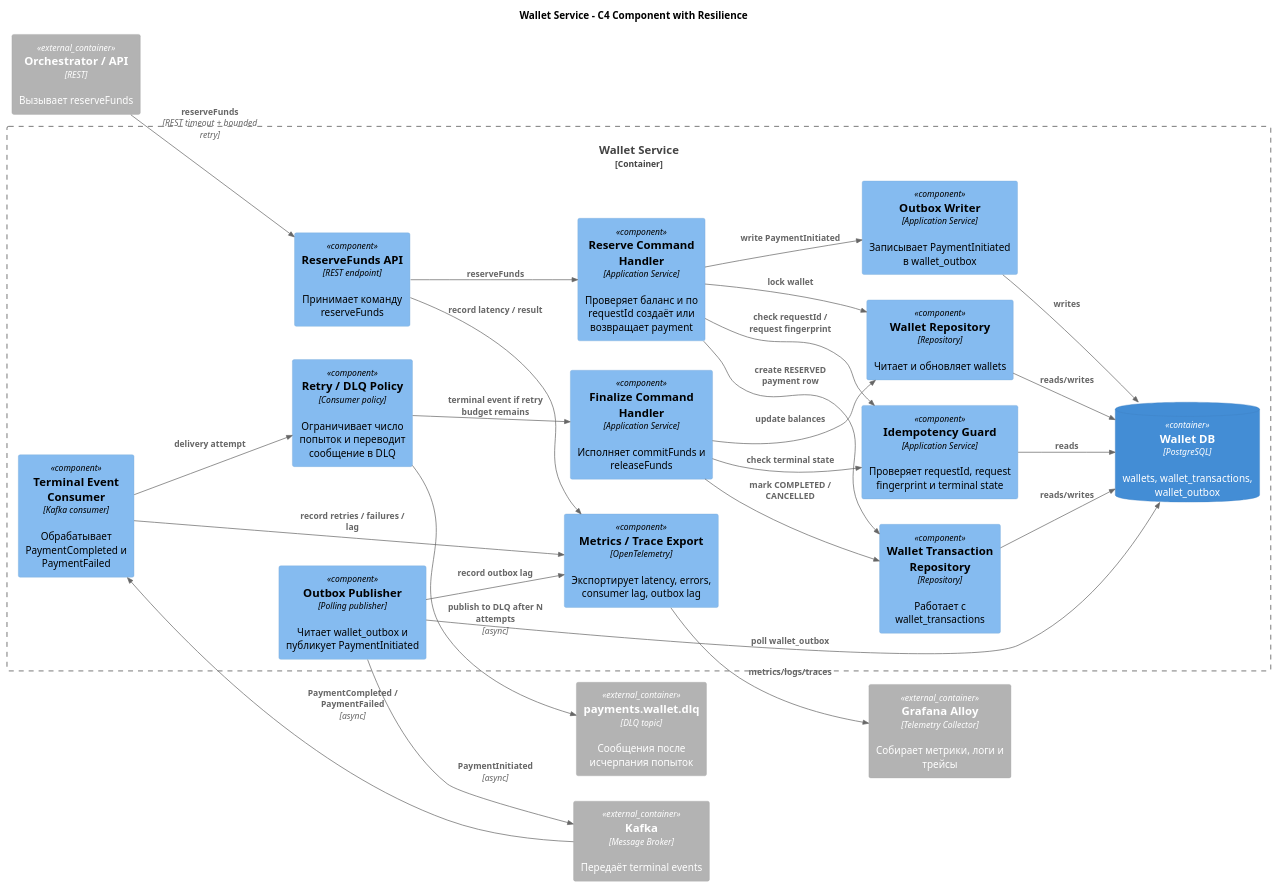
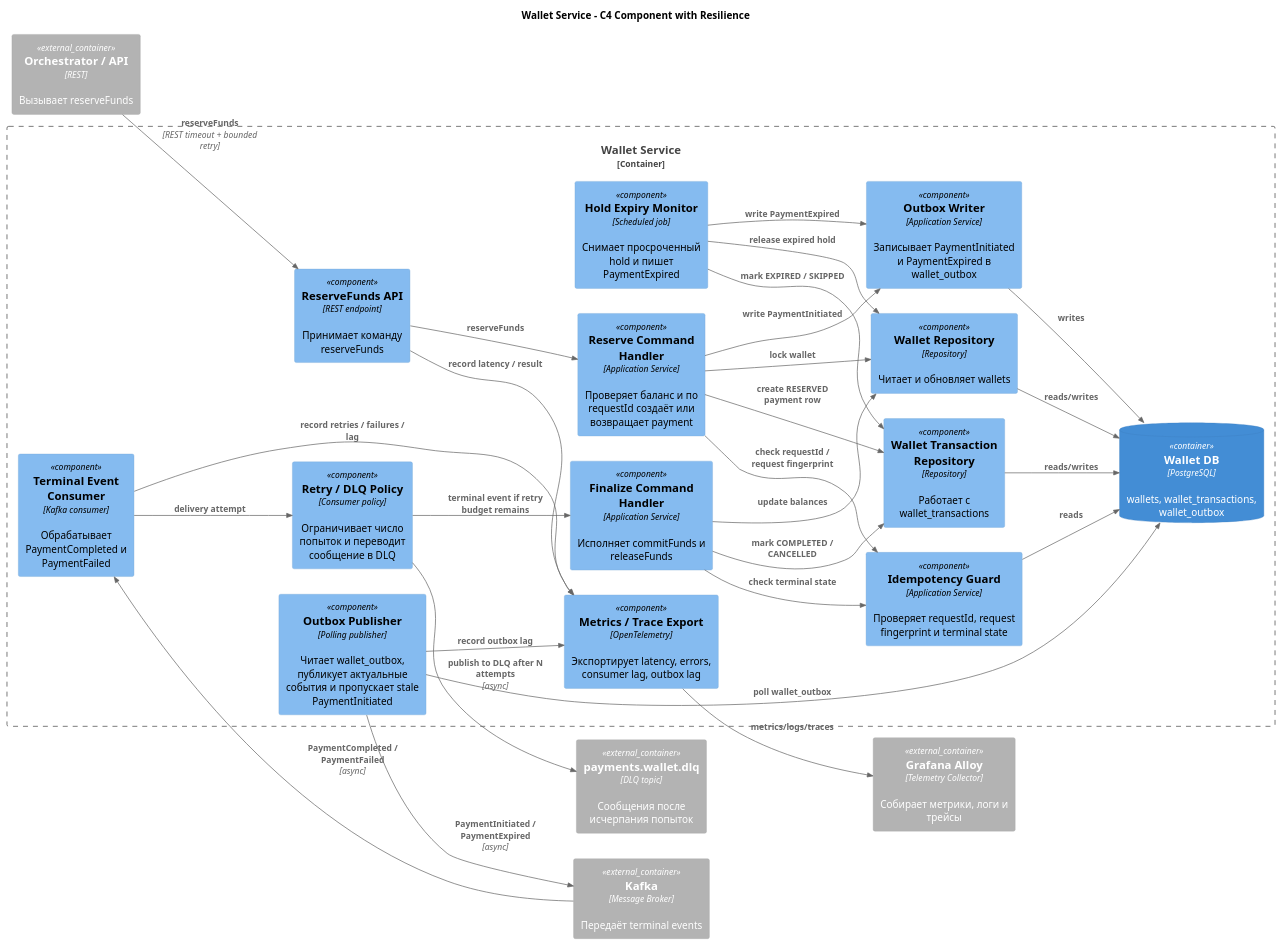
Before and after one commit to ZobovPA/sdia: the diagram in system-design/architecture/diagrams/wallet-components.puml, drawn with PlantUML. The commit also changed 7 other files, not shown here.

```diff
--- a/system-design/architecture/diagrams/wallet-components.puml
+++ b/system-design/architecture/diagrams/wallet-components.puml
@@ -1,54 +1,58 @@
 @startuml
 !include https://raw.githubusercontent.com/plantuml-stdlib/C4-PlantUML/master/C4_Component.puml
 LAYOUT_LEFT_RIGHT()
 
 title Wallet Service - C4 Component with Resilience
 
 Container_Ext(orchestrator, "Orchestrator / API", "REST", "Вызывает reserveFunds")
 Container_Ext(kafka, "Kafka", "Message Broker", "Передаёт terminal events")
 Container_Ext(dlqTopic, "payments.wallet.dlq", "DLQ topic", "Сообщения после исчерпания попыток")
 Container_Ext(alloy, "Grafana Alloy", "Telemetry Collector", "Собирает метрики, логи и трейсы")
 
 Container_Boundary(walletBoundary, "Wallet Service") {
   Component(reserveApi, "ReserveFunds API", "REST endpoint", "Принимает команду reserveFunds")
   Component(reserveHandler, "Reserve Command Handler", "Application Service", "Проверяет баланс и по requestId создаёт или возвращает payment")
   Component(terminalConsumer, "Terminal Event Consumer", "Kafka consumer", "Обрабатывает PaymentCompleted и PaymentFailed")
   Component(retryGuard, "Retry / DLQ Policy", "Consumer policy", "Ограничивает число попыток и переводит сообщение в DLQ")
   Component(finalizeHandler, "Finalize Command Handler", "Application Service", "Исполняет commitFunds и releaseFunds")
   Component(walletIdempotency, "Idempotency Guard", "Application Service", "Проверяет requestId, request fingerprint и terminal state")
   Component(walletRepo, "Wallet Repository", "Repository", "Читает и обновляет wallets")
   Component(txRepo, "Wallet Transaction Repository", "Repository", "Работает с wallet_transactions")
-  Component(outboxWriter, "Outbox Writer", "Application Service", "Записывает PaymentInitiated в wallet_outbox")
-  Component(outboxPublisher, "Outbox Publisher", "Polling publisher", "Читает wallet_outbox и публикует PaymentInitiated")
+  Component(holdExpiryMonitor, "Hold Expiry Monitor", "Scheduled job", "Снимает просроченный hold и пишет PaymentExpired")
+  Component(outboxWriter, "Outbox Writer", "Application Service", "Записывает PaymentInitiated и PaymentExpired в wallet_outbox")
+  Component(outboxPublisher, "Outbox Publisher", "Polling publisher", "Читает wallet_outbox, публикует актуальные события и пропускает stale PaymentInitiated")
   Component(metrics, "Metrics / Trace Export", "OpenTelemetry", "Экспортирует latency, errors, consumer lag, outbox lag")
   ContainerDb(walletDb, "Wallet DB", "PostgreSQL", "wallets, wallet_transactions, wallet_outbox")
 }
 
 Rel(orchestrator, reserveApi, "reserveFunds", "REST timeout + bounded retry")
 Rel(reserveApi, reserveHandler, "reserveFunds")
 Rel(reserveHandler, walletIdempotency, "check requestId / request fingerprint")
 Rel(reserveHandler, walletRepo, "lock wallet")
 Rel(reserveHandler, txRepo, "create RESERVED payment row")
 Rel(reserveHandler, outboxWriter, "write PaymentInitiated")
 
 Rel(kafka, terminalConsumer, "PaymentCompleted / PaymentFailed", "async")
 Rel(terminalConsumer, retryGuard, "delivery attempt")
 Rel(retryGuard, finalizeHandler, "terminal event if retry budget remains")
 Rel(retryGuard, dlqTopic, "publish to DLQ after N attempts", "async")
 Rel(finalizeHandler, walletIdempotency, "check terminal state")
 Rel(finalizeHandler, walletRepo, "update balances")
 Rel(finalizeHandler, txRepo, "mark COMPLETED / CANCELLED")
+Rel(holdExpiryMonitor, walletRepo, "release expired hold")
+Rel(holdExpiryMonitor, txRepo, "mark EXPIRED / SKIPPED")
+Rel(holdExpiryMonitor, outboxWriter, "write PaymentExpired")
 
 Rel(walletIdempotency, walletDb, "reads")
 Rel(walletRepo, walletDb, "reads/writes")
 Rel(txRepo, walletDb, "reads/writes")
 Rel(outboxWriter, walletDb, "writes")
 Rel(outboxPublisher, walletDb, "poll wallet_outbox")
-Rel(outboxPublisher, kafka, "PaymentInitiated", "async")
+Rel(outboxPublisher, kafka, "PaymentInitiated / PaymentExpired", "async")
 
 Rel(reserveApi, metrics, "record latency / result")
 Rel(terminalConsumer, metrics, "record retries / failures / lag")
 Rel(outboxPublisher, metrics, "record outbox lag")
 Rel(metrics, alloy, "metrics/logs/traces")
 
 @enduml
```
